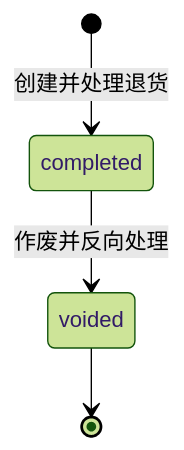
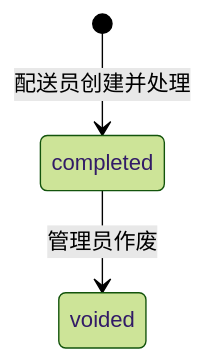
The diagram in docs/modules/return-order.md (yunqilee69/bulkdesk), drawn with Mermaid (forest theme) before and after one commit. The commit also changed other lines of this file and 63 other files, not shown here.

````diff
--- a/docs/modules/return-order.md
+++ b/docs/modules/return-order.md
@@ -9,6 +11,5 @@
 ```mermaid
 stateDiagram-v2
-    [*] --> completed: 创建并处理退货
-    completed --> voided: 作废并反向处理
-    voided --> [*]
+    [*] --> completed: 配送员创建并处理
+    completed --> voided: 管理员作废
 ```
````
